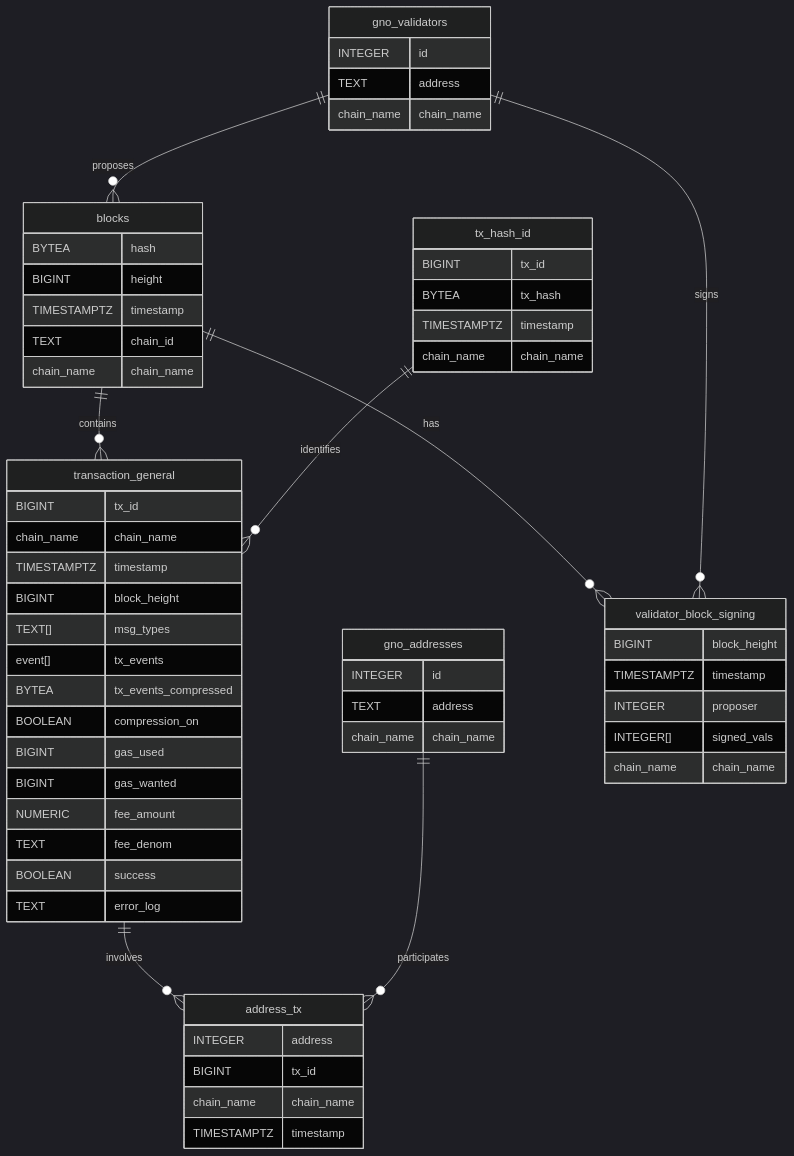
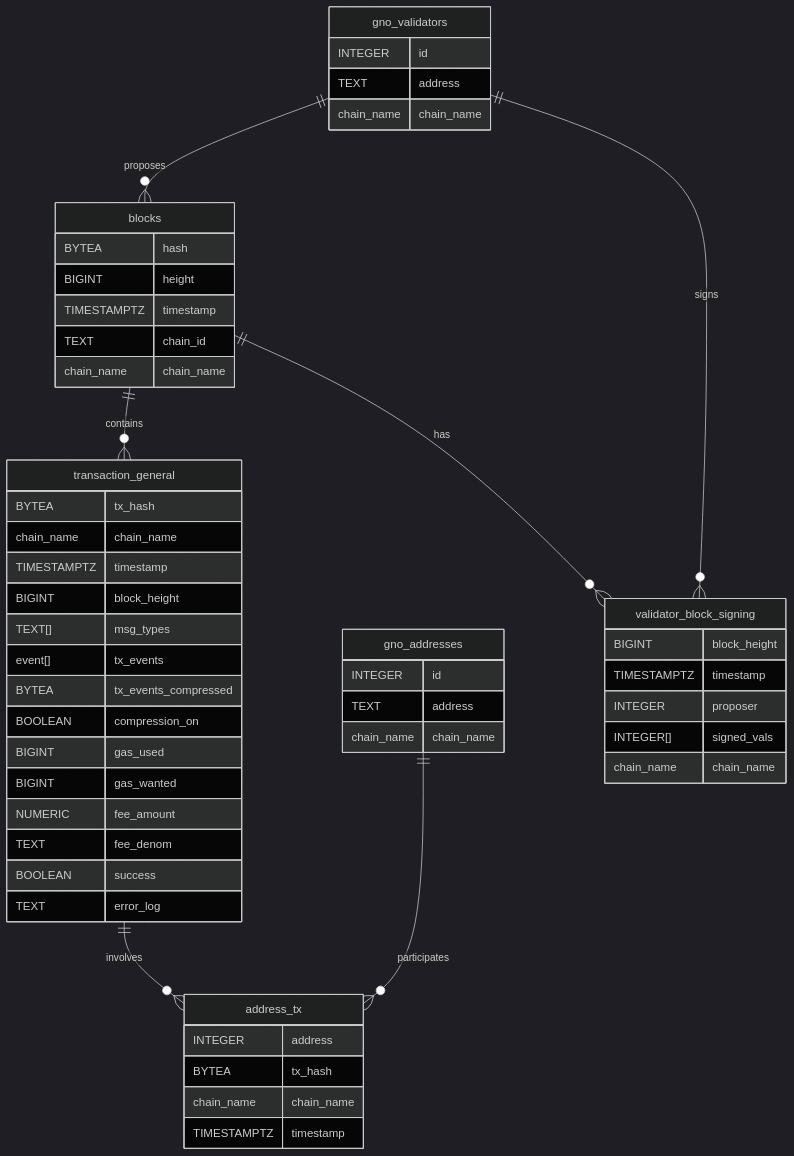
The second of 6 diagrams in docs/data-model.md (Cogwheel-Validator/spectra-gnoland-indexer), drawn with Mermaid (dark theme) before and after one commit. The commit also changed other lines of this file, not shown here.

````diff
--- a/docs/data-model.md
+++ b/docs/data-model.md
@@ -58,62 +62,55 @@
 ```mermaid
 erDiagram
     blocks {
       BYTEA hash
       BIGINT height
       TIMESTAMPTZ timestamp
       TEXT chain_id
       chain_name chain_name
     }
-    tx_hash_id {
-      BIGINT tx_id
+    transaction_general {
       BYTEA tx_hash
-      TIMESTAMPTZ timestamp
-      chain_name chain_name
-    }
-    transaction_general {
-      BIGINT tx_id
       chain_name chain_name
       TIMESTAMPTZ timestamp
       BIGINT block_height
       TEXT[] msg_types
       event[] tx_events
       BYTEA tx_events_compressed
       BOOLEAN compression_on
       BIGINT gas_used
       BIGINT gas_wanted
       NUMERIC fee_amount
       TEXT fee_denom
       BOOLEAN success
       TEXT error_log
     }
     gno_addresses {
       INTEGER id
       TEXT address
       chain_name chain_name
     }
     gno_validators {
       INTEGER id
       TEXT address
       chain_name chain_name
     }
     validator_block_signing {
       BIGINT block_height
       TIMESTAMPTZ timestamp
       INTEGER proposer
       INTEGER[] signed_vals
       chain_name chain_name
     }
     address_tx {
       INTEGER address
-      BIGINT tx_id
+      BYTEA tx_hash
       chain_name chain_name
       TIMESTAMPTZ timestamp
     }
     blocks ||--o{ transaction_general : "contains"
     blocks ||--o{ validator_block_signing : "has"
     gno_validators ||--o{ validator_block_signing : "signs"
     gno_validators ||--o{ blocks : "proposes"
-    tx_hash_id ||--o{ transaction_general : "identifies"
     transaction_general ||--o{ address_tx : "involves"
     gno_addresses ||--o{ address_tx : "participates"
 ```
````
